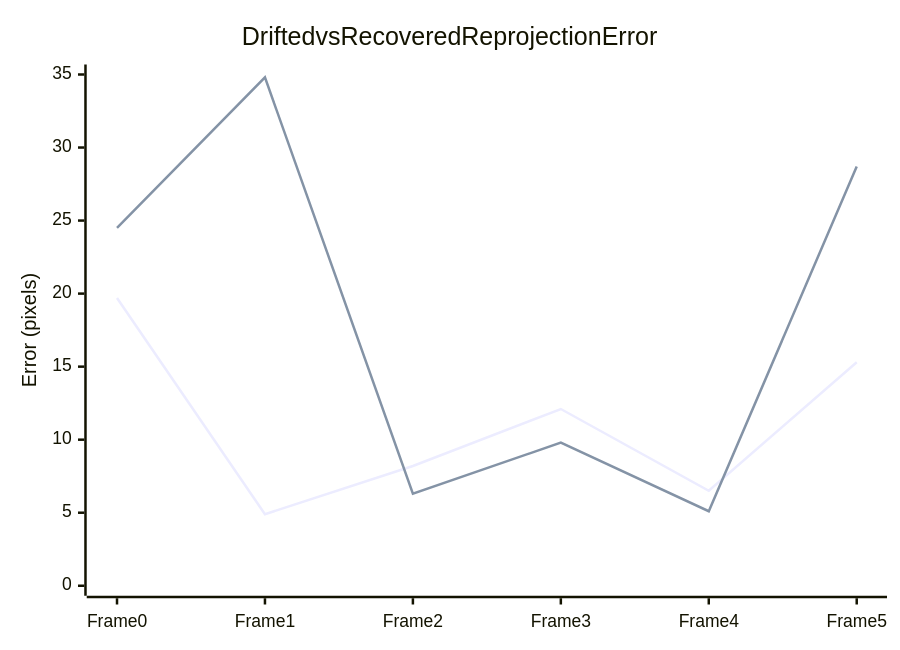
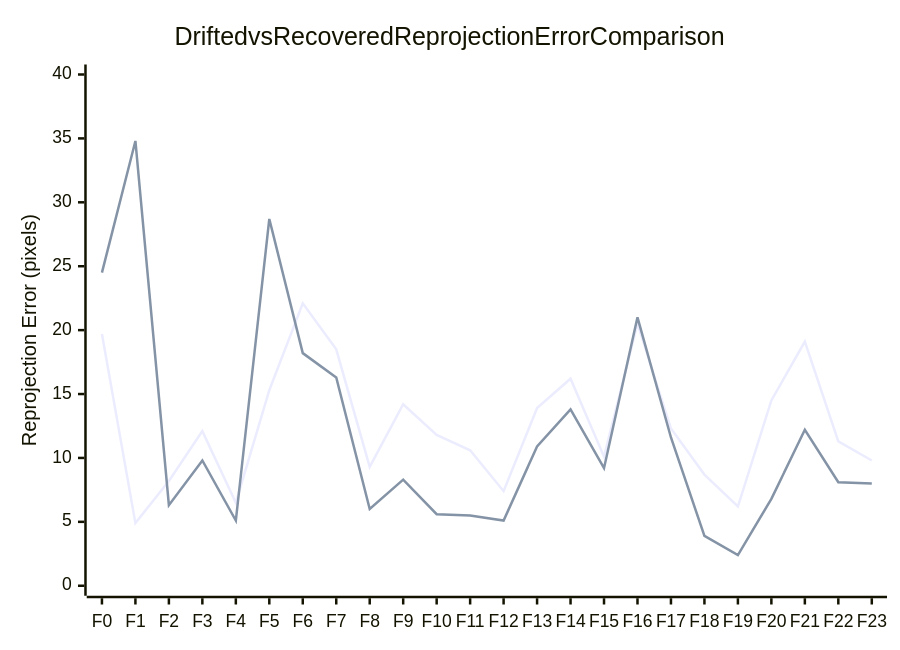
The second of 7 diagrams in README.md (yunjinyong730/Camera_LiDAR_Sensor_Calibration_Aware_Failure_Monitoring), drawn with Mermaid before and after one commit. The commit also changed other lines of this file, not shown here.

````diff
--- a/README.md
+++ b/README.md
@@ -290,8 +297,8 @@
 ```mermaid
 xychart-beta
-    title Drifted vs Recovered Reprojection Error
-    x-axis [Frame 0, Frame 1, Frame 2, Frame 3, Frame 4, Frame 5]
-    y-axis "Error (pixels)" 0 --> 35
-    line [19.7, 4.9, 8.2, 12.1, 6.5, 15.3]
-    line [24.5, 34.8, 6.3, 9.8, 5.1, 28.7]
+    title Drifted vs Recovered Reprojection Error Comparison
+    x-axis [F0, F1, F2, F3, F4, F5, F6, F7, F8, F9, F10, F11, F12, F13, F14, F15, F16, F17, F18, F19, F20, F21, F22, F23]
+    y-axis "Reprojection Error (pixels)" 0 --> 40
+    line [19.7, 4.9, 8.2, 12.1, 6.5, 15.3, 22.1, 18.5, 9.3, 14.2, 11.8, 10.6, 7.4, 13.9, 16.2, 10.1, 20.5, 12.3, 8.7, 6.2, 14.5, 19.1, 11.3, 9.8]
+    line [24.5, 34.8, 6.3, 9.8, 5.1, 28.7, 18.2, 16.3, 6.0, 8.3, 5.6, 5.5, 5.1, 10.9, 13.8, 9.2, 21.0, 11.6, 3.9, 2.4, 6.8, 12.2, 8.1, 8.0]
 ```
````
